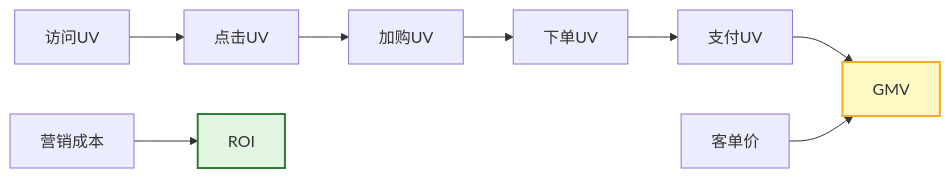
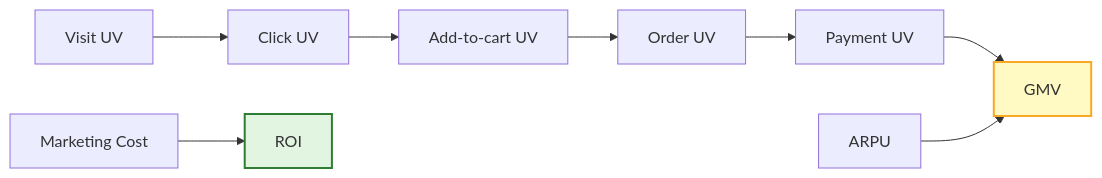
Before and after one commit to Kirky-X/cangjie: the third of 9 diagrams in templates/产品/运营层/【模板】数据看板.md, drawn with Mermaid. The commit also changed other lines of this file and 60 other files, not shown here.

````diff
--- a/templates/产品/运营层/【模板】数据看板.md
+++ b/templates/产品/运营层/【模板】数据看板.md
@@ -143,16 +139,14 @@
 ```mermaid
-
-
 flowchart LR
-    A["访问UV"] --> B["点击UV"]
-    B --> C["加购UV"]
-    C --> D["下单UV"]
-    D --> E["支付UV"]
+    A["Visit UV"] --> B["Click UV"]
+    B --> C["Add-to-cart UV"]
+    C --> D["Order UV"]
+    D --> E["Payment UV"]
     E --> F["GMV"]
 
-    G["客单价"] --> F
-    H["营销成本"] --> I["ROI"]
+    G["ARPU"] --> F
+    H["Marketing Cost"] --> I["ROI"]
 
     style F fill:#fff9c4,stroke:#f9a825,stroke-width:2px
     style I fill:#e1f5e1,stroke:#2e7d32,stroke-width:2px
 ```
````
